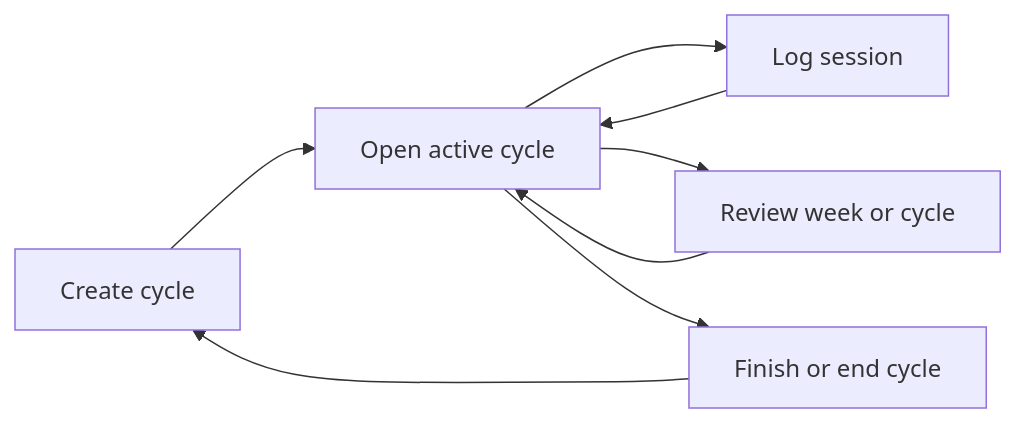
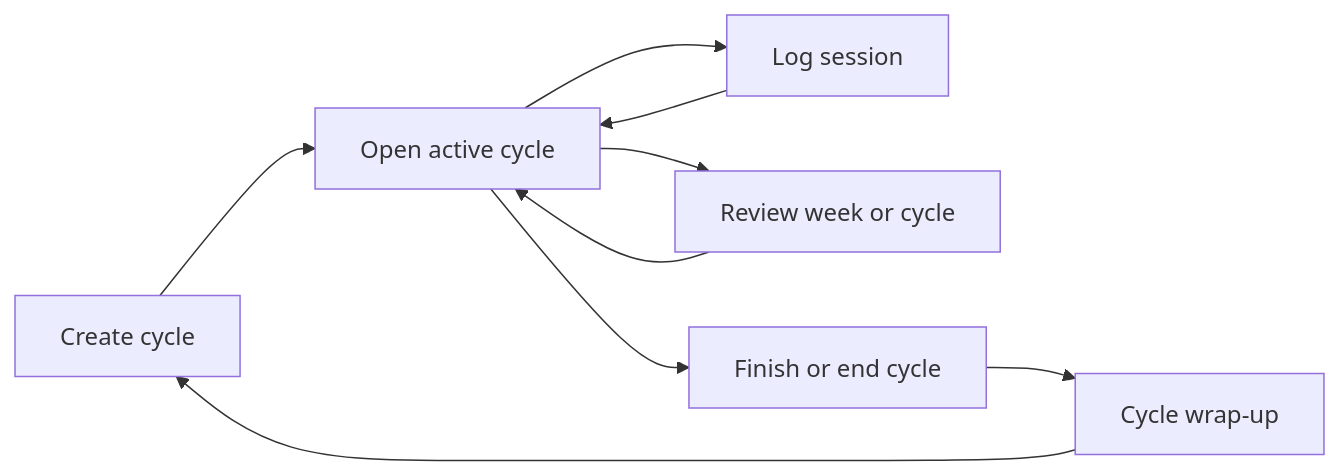
Before and after one commit to Abhinand20/hexis: the diagram in docs/project-overview.md, drawn with Mermaid. The commit also changed other lines of this file, not shown here.

First line of the commit message:
docs: describe backup, wrap-up, and light-only appearance in the overview

````diff
--- a/docs/project-overview.md
+++ b/docs/project-overview.md
@@ -54,10 +54,11 @@
 ```mermaid
 flowchart LR
   Setup[Create cycle] --> Home[Open active cycle]
   Home --> Log[Log session]
   Log --> Home
   Home --> Review[Review week or cycle]
   Review --> Home
   Home --> Complete[Finish or end cycle]
-  Complete --> Setup
+  Complete --> WrapUp[Cycle wrap-up]
+  WrapUp --> Setup
 ```
````
